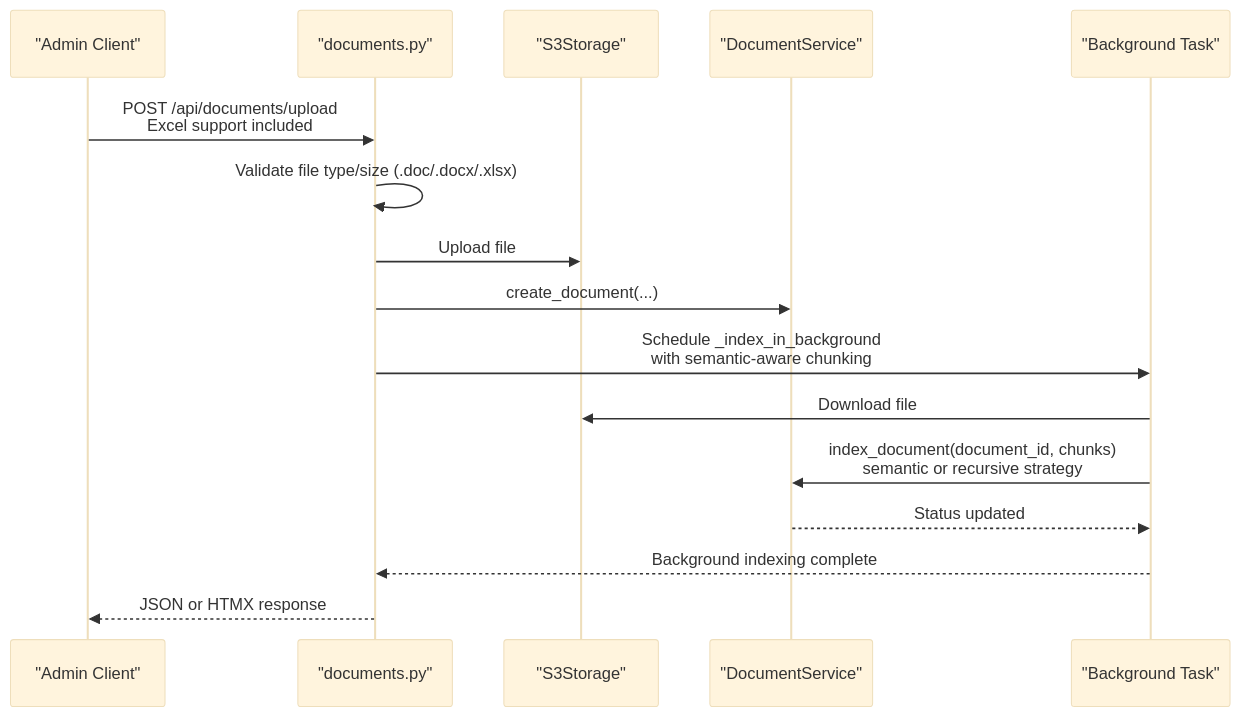
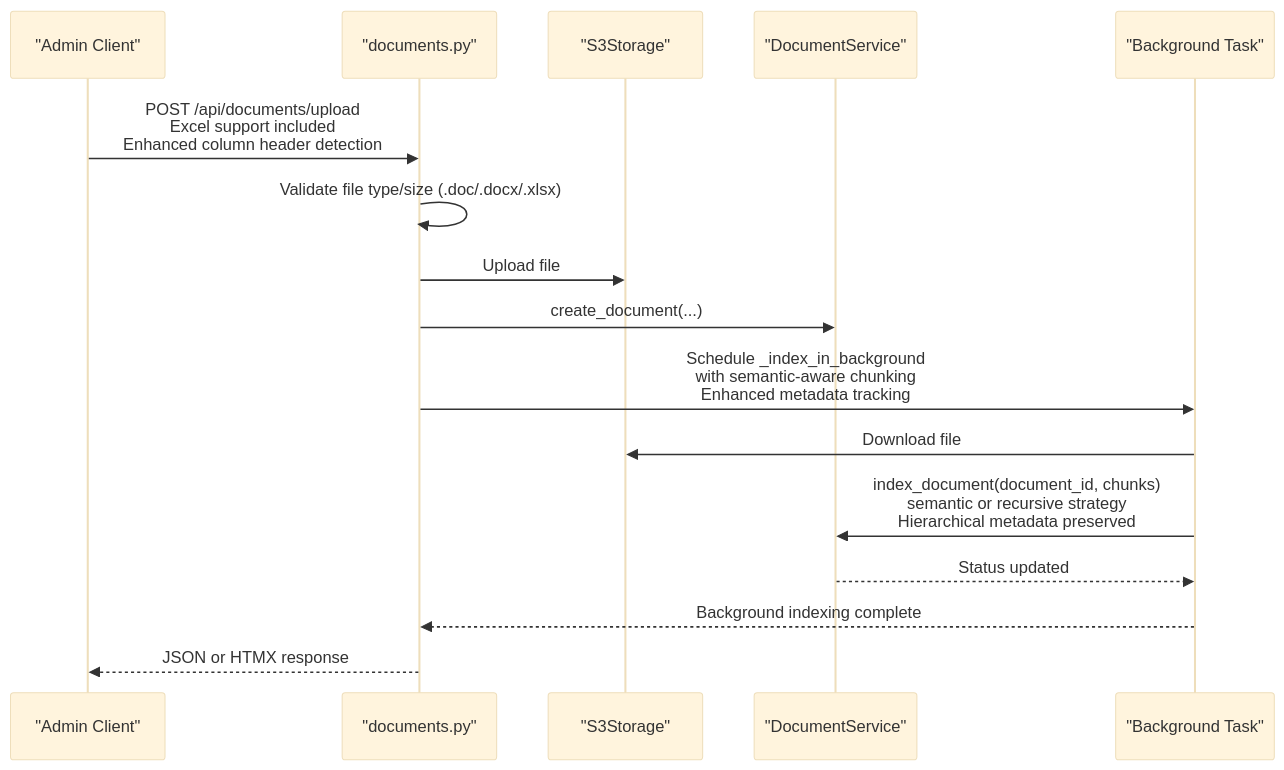
Before and after one commit to ognelis/cafetera_hr_bot: diagram 13 of 14 in .qoder/repowiki/en/content/RAG Integration/RAG Parser Enhancement.md, drawn with Mermaid (base theme). The commit also changed other lines of this file and 2 other files, not shown here.

````diff
--- a/.qoder/repowiki/en/content/RAG Integration/RAG Parser Enhancement.md
+++ b/.qoder/repowiki/en/content/RAG Integration/RAG Parser Enhancement.md
@@ -536,18 +575,18 @@
 ```mermaid
 sequenceDiagram
 participant Client as "Admin Client"
 participant API as "documents.py"
 participant S3 as "S3Storage"
 participant Service as "DocumentService"
 participant BG as "Background Task"
-Client->>API : POST /api/documents/upload<br/>Excel support included
+Client->>API : POST /api/documents/upload<br/>Excel support included<br/>Enhanced column header detection
 API->>API : Validate file type/size (.doc/.docx/.xlsx)
 API->>S3 : Upload file
 API->>Service : create_document(...)
-API->>BG : Schedule _index_in_background<br/>with semantic-aware chunking
+API->>BG : Schedule _index_in_background<br/>with semantic-aware chunking<br/>Enhanced metadata tracking
 BG->>S3 : Download file
-BG->>Service : index_document(document_id, chunks)<br/>semantic or recursive strategy
+BG->>Service : index_document(document_id, chunks)<br/>semantic or recursive strategy<br/>Hierarchical metadata preserved
 Service-->>BG : Status updated
 BG-->>API : Background indexing complete
 API-->>Client : JSON or HTMX response
 ```
````
